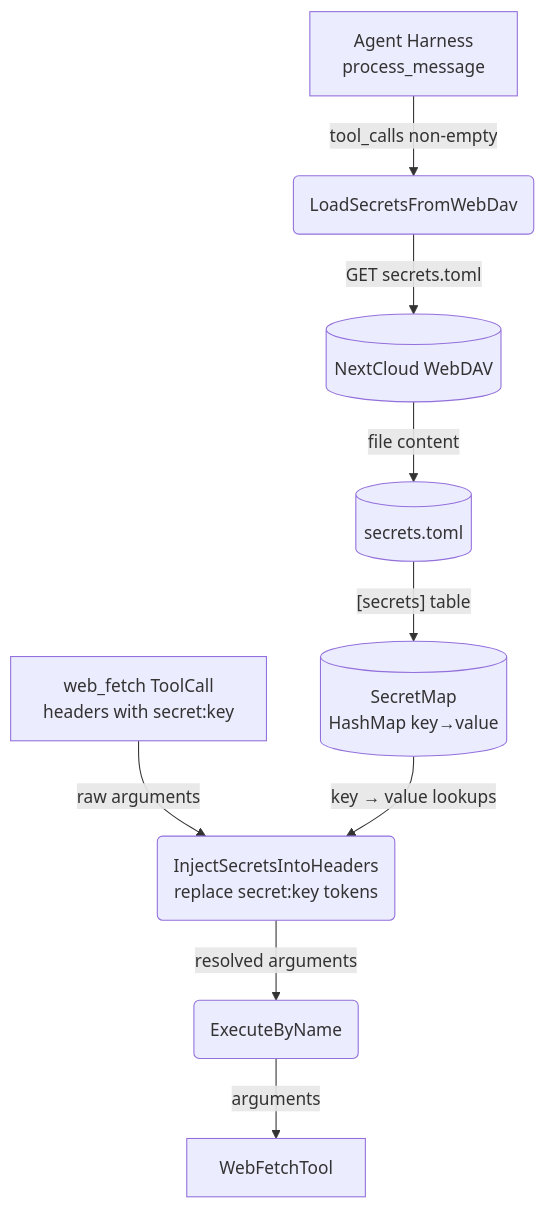
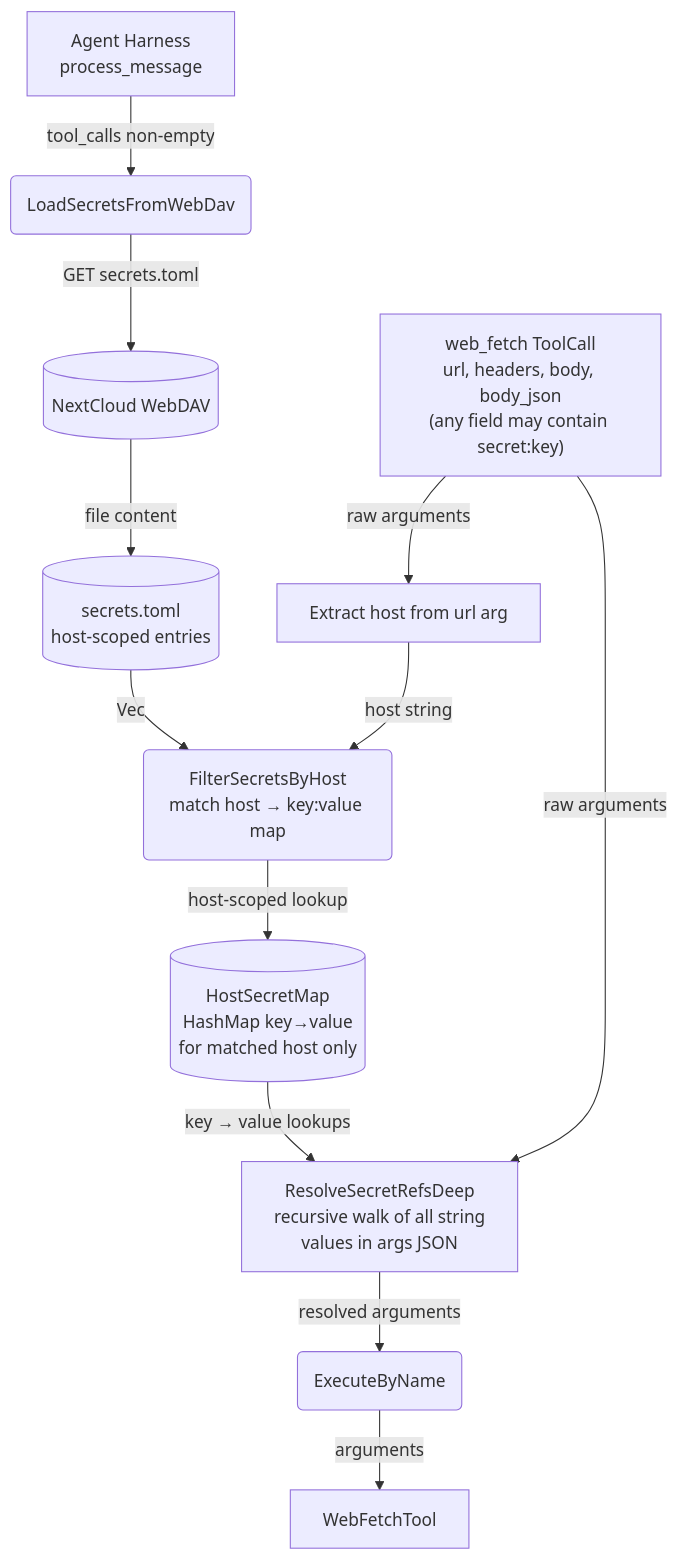
The first of 5 diagrams in _dfd/tools/secret-interception.md (cosmoswafer/rockbot), drawn with Mermaid before and after one commit. The commit also changed other lines of this file, not shown here.

Commit message:
docs: redesign secret interception DFD — host-scoped secrets, deep arg traversal, dummy data gate

````diff
--- a/_dfd/tools/secret-interception.md
+++ b/_dfd/tools/secret-interception.md
@@ -39,21 +50,26 @@
 ```mermaid
 flowchart TD
     AGENT[Agent Harness<br/>process_message]
     LOAD(LoadSecretsFromWebDav)
     DAV[(NextCloud WebDAV)]
-    TOML[(secrets.toml)]
-    MAP[(SecretMap<br/>HashMap key→value)]
-    CALL[web_fetch ToolCall<br/>headers with secret:key]
-    INJECT(InjectSecretsIntoHeaders<br/>replace secret:key tokens)
+    TOML[(secrets.toml<br/>host-scoped entries)]
+    CALL["web_fetch ToolCall<br/>url, headers, body, body_json<br/>(any field may contain secret:key)"]
+    EXTRACT_HOST[Extract host from url arg]
+    FILTER(FilterSecretsByHost<br/>match host → key:value map)
+    MAP[(HostSecretMap<br/>HashMap key→value<br/>for matched host only)]
+    RESOLVE["ResolveSecretRefsDeep<br/>recursive walk of all string<br/>values in args JSON"]
     EXEC(ExecuteByName)
     FETCH[WebFetchTool]
 
     AGENT -->|"tool_calls non-empty"| LOAD
     LOAD -->|"GET secrets.toml"| DAV
     DAV -->|"file content"| TOML
-    TOML -->|"[secrets] table"| MAP
-    CALL -->|"raw arguments"| INJECT
-    MAP -->|"key → value lookups"| INJECT
-    INJECT -->|"resolved arguments"| EXEC
+    TOML -->|"Vec<SecretEntry>"| FILTER
+    CALL -->|"raw arguments"| EXTRACT_HOST
+    EXTRACT_HOST -->|"host string"| FILTER
+    FILTER -->|"host-scoped lookup"| MAP
+    MAP -->|"key → value lookups"| RESOLVE
+    CALL -->|"raw arguments"| RESOLVE
+    RESOLVE -->|"resolved arguments"| EXEC
     EXEC -->|"arguments"| FETCH
 ```
````
